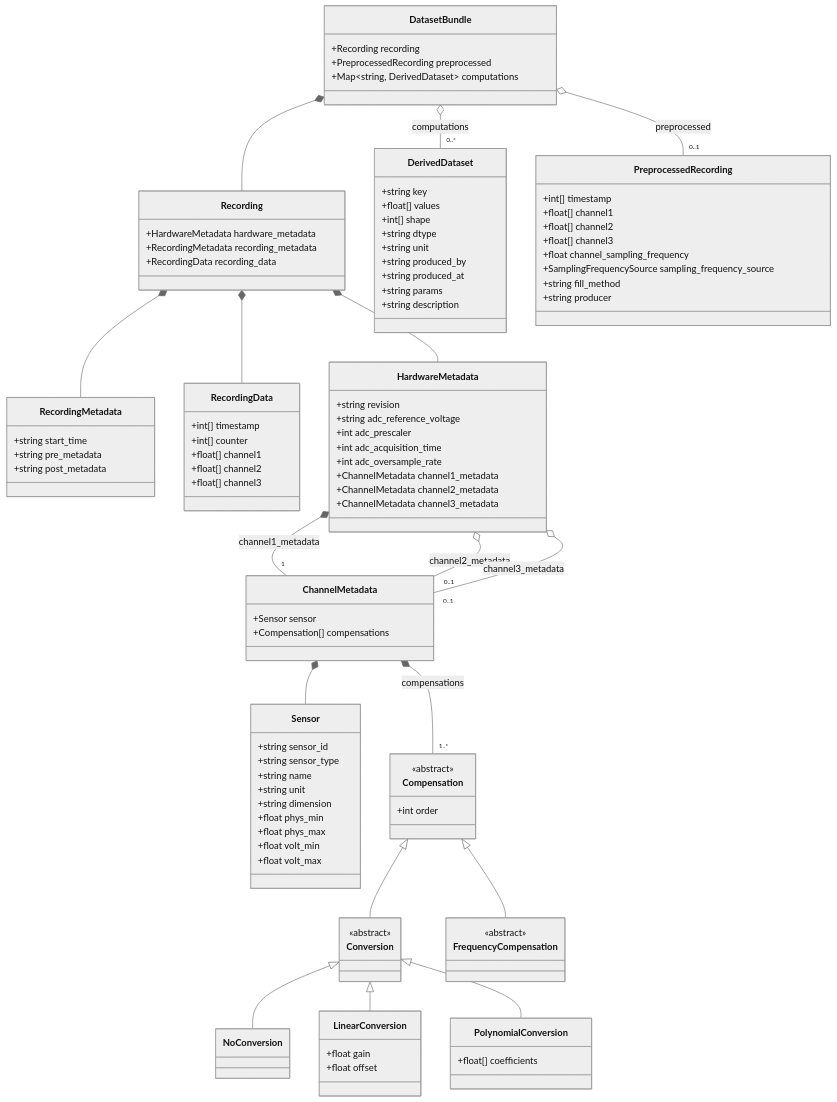
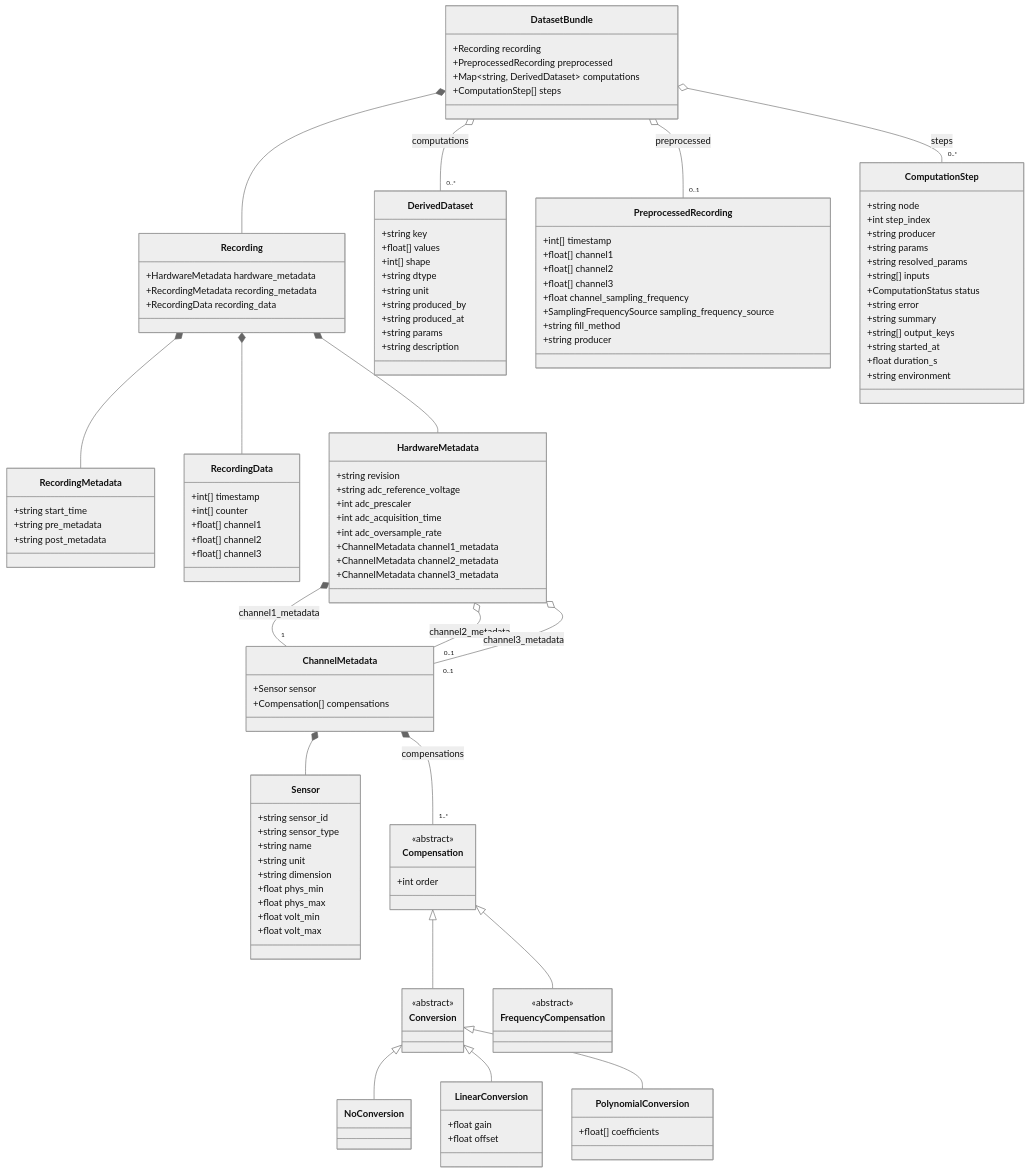
One commit to ift-tuwien/ICOschema changed the diagram in README.md. Above: the diagram before and after it, drawn with Mermaid (neutral theme). The commit also changed other lines of this file and 8 other files, not shown here.

Commit message:
Add computation step records

````diff
--- a/README.md
+++ b/README.md
@@ -210,10 +236,26 @@
         +string fill_method
         +string producer
     }
+    class ComputationStep {
+        +string node
+        +int step_index
+        +string producer
+        +string params
+        +string resolved_params
+        +string[] inputs
+        +ComputationStatus status
+        +string error
+        +string summary
+        +string[] output_keys
+        +string started_at
+        +float duration_s
+        +string environment
+    }
     class DatasetBundle {
         +Recording recording
         +PreprocessedRecording preprocessed
         +Map~string, DerivedDataset~ computations
+        +ComputationStep[] steps
     }
 
     Compensation <|-- Conversion
@@ -233,4 +275,5 @@
     DatasetBundle *-- Recording
     DatasetBundle o-- "0..1" PreprocessedRecording : preprocessed
     DatasetBundle o-- "0..*" DerivedDataset : computations
+    DatasetBundle o-- "0..*" ComputationStep : steps
 ```
````
